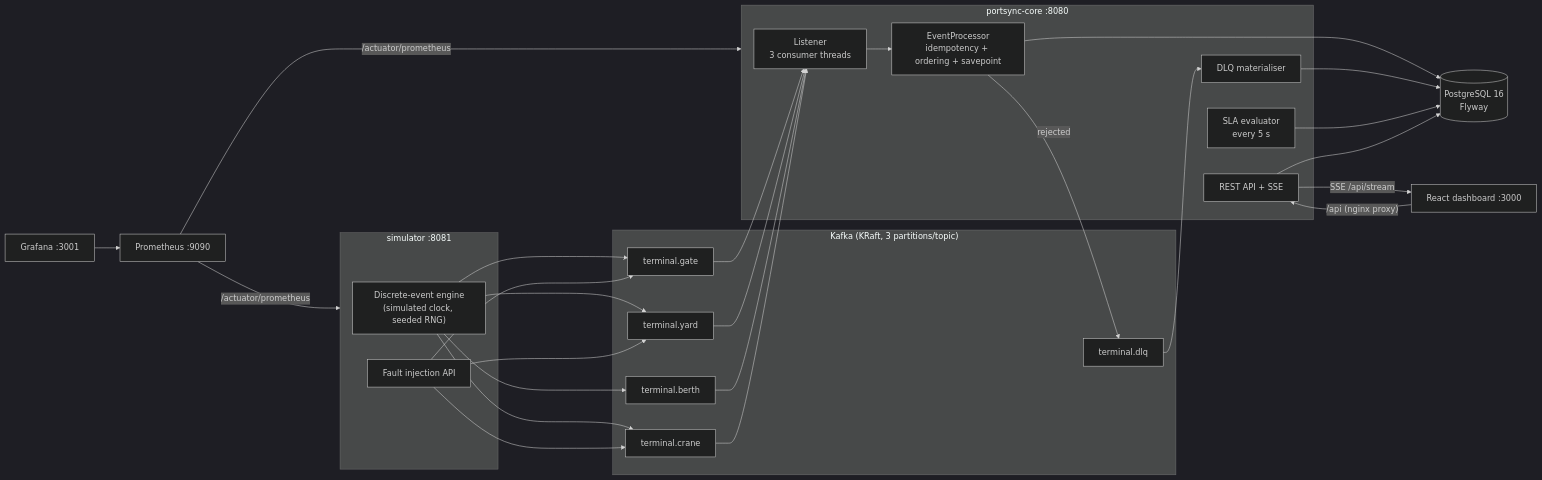
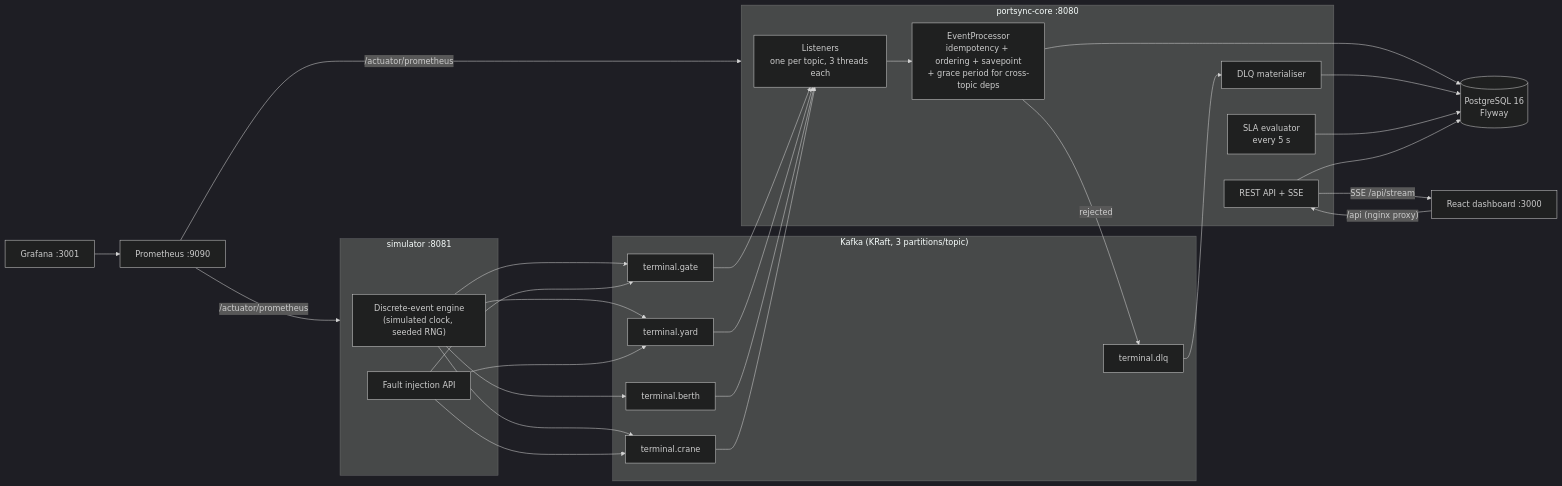
Before and after one commit to RaktimChandra/PortSync: the diagram in README.md, drawn with Mermaid (dark theme).

Commit message:
docs: show per-topic listeners and the grace period in the architecture diagram
Claude-Session: https://claude.ai/code/session_019JPHkN6fTVgXWpujMD2HTn

````diff
--- a/README.md
+++ b/README.md
@@ -33,39 +33,39 @@
 ```mermaid
 flowchart LR
     subgraph sim["simulator :8081"]
         engine["Discrete-event engine<br/>(simulated clock, seeded RNG)"]
         faults["Fault injection API"]
     end
 
     subgraph kafka["Kafka (KRaft, 3 partitions/topic)"]
         tg["terminal.gate"]
         ty["terminal.yard"]
         tb["terminal.berth"]
         tc["terminal.crane"]
         dlq["terminal.dlq"]
     end
 
     subgraph core["portsync-core :8080"]
-        listener["Listener<br/>3 consumer threads"]
-        processor["EventProcessor<br/>idempotency + ordering + savepoint"]
+        listener["Listeners<br/>one per topic, 3 threads each"]
+        processor["EventProcessor<br/>idempotency + ordering + savepoint<br/>+ grace period for cross-topic deps"]
         sla["SLA evaluator<br/>every 5 s"]
         api["REST API + SSE"]
         dlqview["DLQ materialiser"]
     end
 
     pg[("PostgreSQL 16<br/>Flyway")]
     ui["React dashboard :3000"]
     prom["Prometheus :9090"]
     graf["Grafana :3001"]
 
     engine --> tg & ty & tb & tc
     faults --> tg & ty & tc
     tg & ty & tb & tc --> listener --> processor --> pg
     processor -- rejected --> dlq --> dlqview --> pg
     sla --> pg
     api --> pg
     api -- "SSE /api/stream" --> ui
     ui -- "/api (nginx proxy)" --> api
     prom -- "/actuator/prometheus" --> core & sim
     graf --> prom
 ```
````
